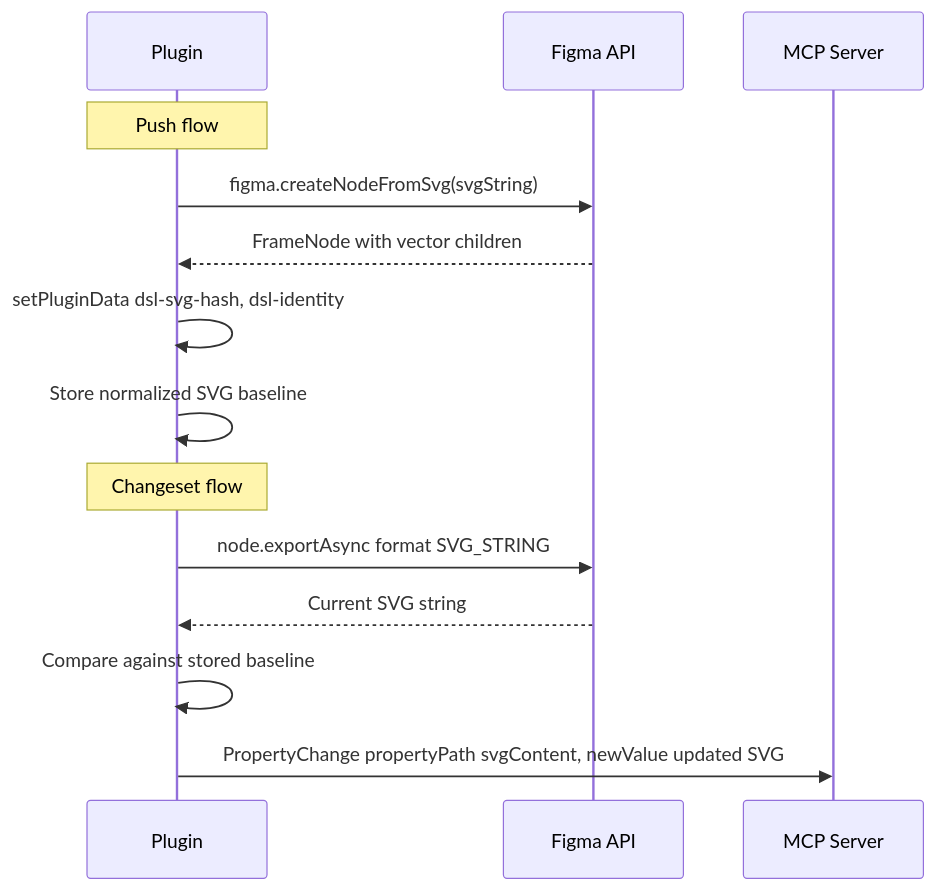
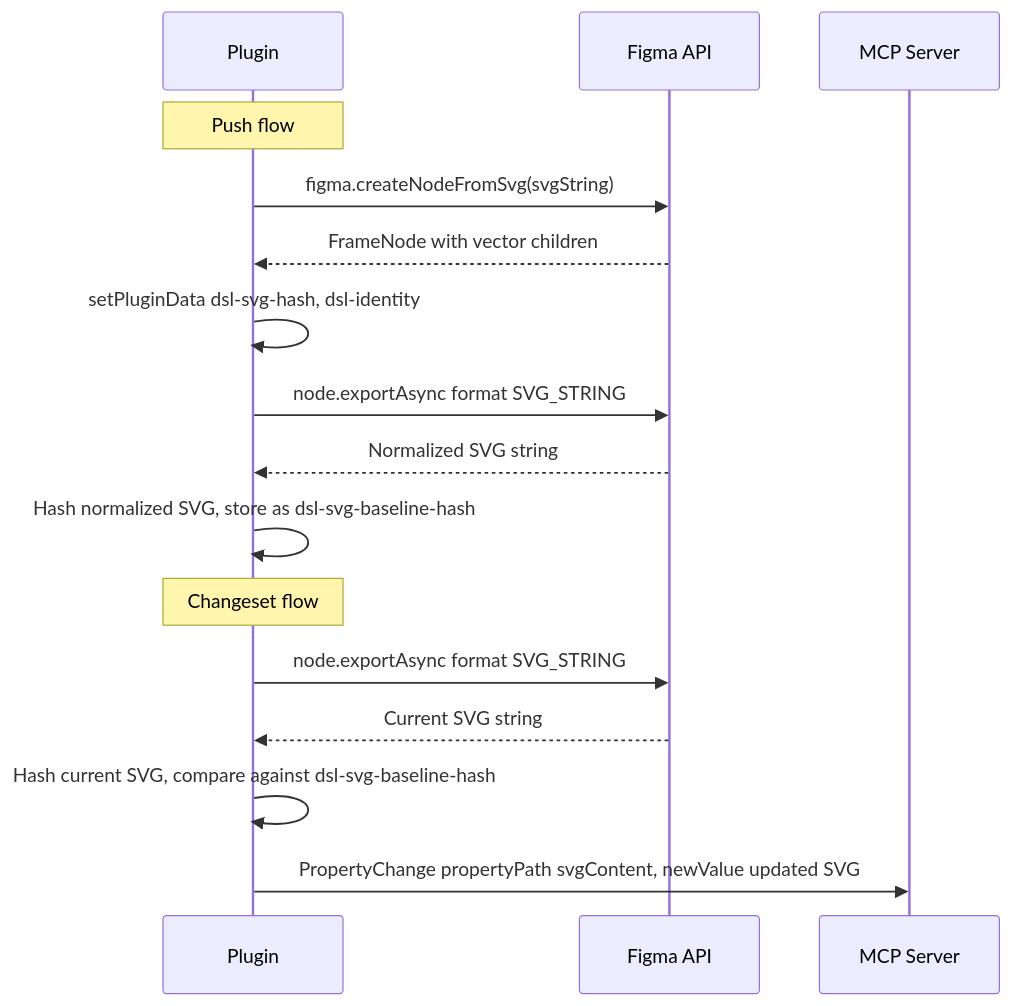
One commit to TETRA2000/figma-component-dsl changed the third of 3 diagrams in .kiro/specs/svg/design.md. Above: the diagram before and after it, drawn with Mermaid. The commit also changed other lines of this file and 2 other files, not shown here.

First line of the commit message:
Apply design review amendments and document plugin data size limit

````diff
--- a/.kiro/specs/svg/design.md
+++ b/.kiro/specs/svg/design.md
@@ -115,18 +116,20 @@
 ```mermaid
 sequenceDiagram
   participant Plugin
   participant Figma as Figma API
   participant MCP as MCP Server
 
   Note over Plugin: Push flow
   Plugin->>Figma: figma.createNodeFromSvg(svgString)
   Figma-->>Plugin: FrameNode with vector children
   Plugin->>Plugin: setPluginData dsl-svg-hash, dsl-identity
-  Plugin->>Plugin: Store normalized SVG baseline
+  Plugin->>Figma: node.exportAsync format SVG_STRING
+  Figma-->>Plugin: Normalized SVG string
+  Plugin->>Plugin: Hash normalized SVG, store as dsl-svg-baseline-hash
 
   Note over Plugin: Changeset flow
   Plugin->>Figma: node.exportAsync format SVG_STRING
   Figma-->>Plugin: Current SVG string
-  Plugin->>Plugin: Compare against stored baseline
+  Plugin->>Plugin: Hash current SVG, compare against dsl-svg-baseline-hash
   Plugin->>MCP: PropertyChange propertyPath svgContent, newValue updated SVG
 ```
````
